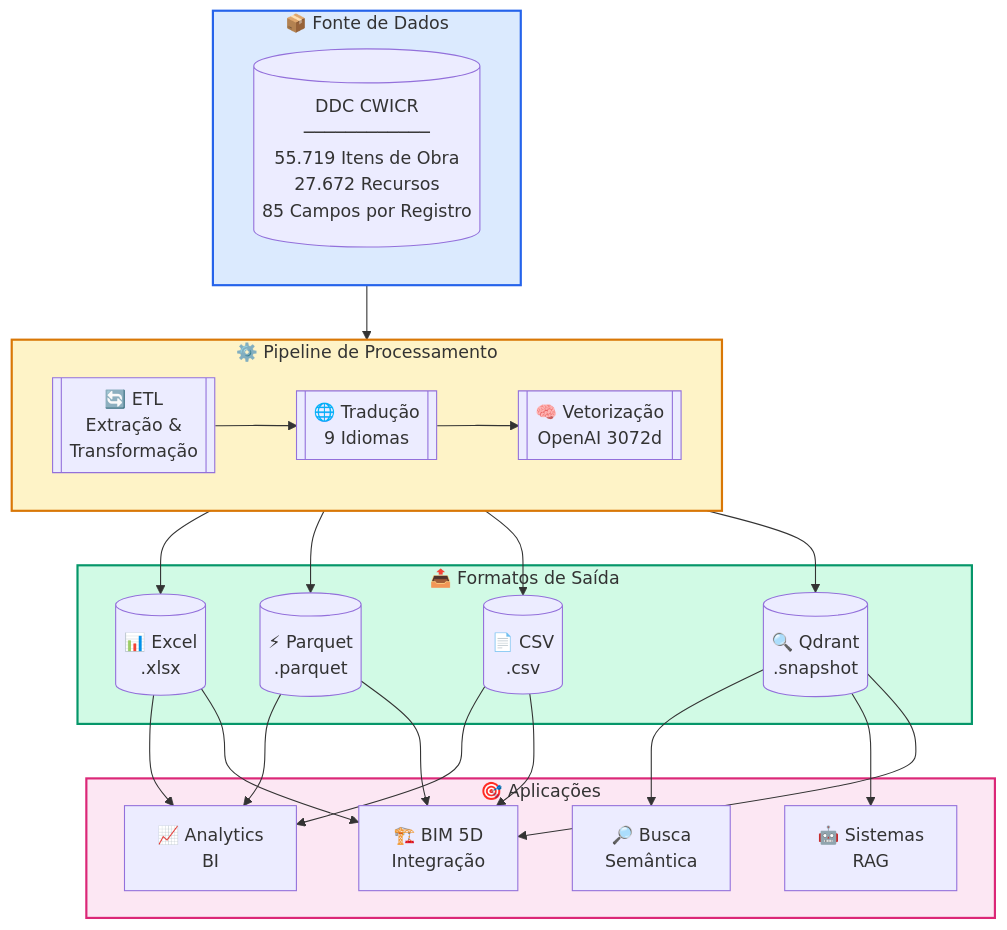
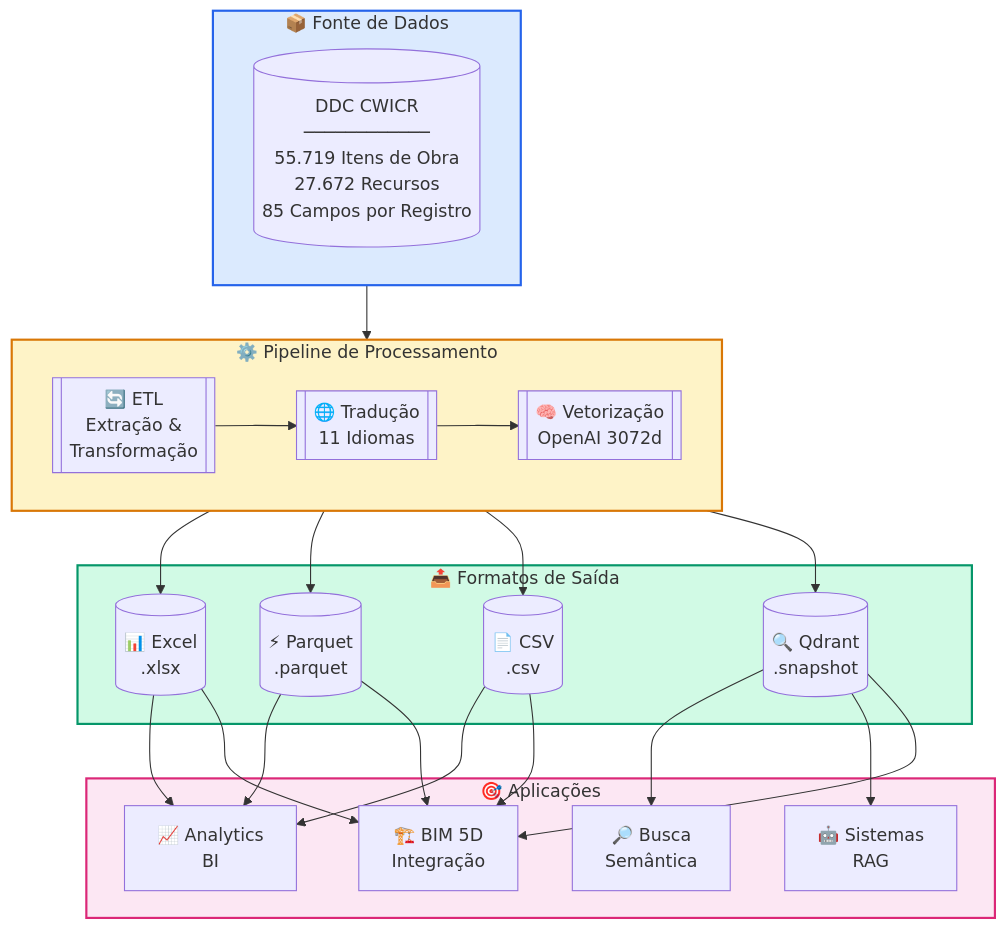
Before and after one commit to ehtick/OpenConstructionEstimate-DDC-CWICR: the second of 6 diagrams in README.pt-BR.md, drawn with Mermaid. The commit also changed other lines of this file and 81 other files, not shown here.

````diff
--- a/README.pt-BR.md
+++ b/README.pt-BR.md
@@ -562,38 +562,38 @@
 ```mermaid
 flowchart TB
     subgraph Source["📦 Fonte de Dados"]
         CWICR[(DDC CWICR<br/>────────────<br/>55.719 Itens de Obra<br/>27.672 Recursos<br/>85 Campos por Registro)]
     end
 
     subgraph Processing["⚙️ Pipeline de Processamento"]
         direction LR
         ETL[["🔄 ETL<br/>Extração &<br/>Transformação"]]
-        TRANS[["🌐 Tradução<br/>9 Idiomas"]]
+        TRANS[["🌐 Tradução<br/>11 Idiomas"]]
         EMBED[["🧠 Vetorização<br/>OpenAI 3072d"]]
         ETL --> TRANS --> EMBED
     end
 
     subgraph Outputs["📤 Formatos de Saída"]
         XLSX[("📊 Excel<br/>.xlsx")]
         PARQUET[("⚡ Parquet<br/>.parquet")]
         CSV[("📄 CSV<br/>.csv")]
         QDRANT[("🔍 Qdrant<br/>.snapshot")]
     end
 
     subgraph Apps["🎯 Aplicações"]
         SEARCH["🔎 Busca<br/>Semântica"]
         BIM["🏗️ BIM 5D<br/>Integração"]
         RAG["🤖 Sistemas<br/>RAG"]
         BI["📈 Analytics<br/>BI"]
     end
 
     Source --> Processing
     Processing --> XLSX & PARQUET & CSV & QDRANT
     XLSX & PARQUET & CSV --> BI & BIM
     QDRANT --> SEARCH & RAG & BIM
 
     style Source fill:#dbeafe,stroke:#2563eb,stroke-width:2px
     style Processing fill:#fef3c7,stroke:#d97706,stroke-width:2px
     style Outputs fill:#d1fae5,stroke:#059669,stroke-width:2px
     style Apps fill:#fce7f3,stroke:#db2777,stroke-width:2px
 ```
````
